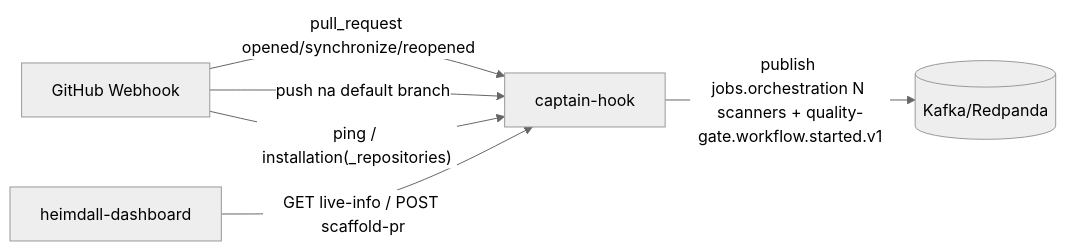
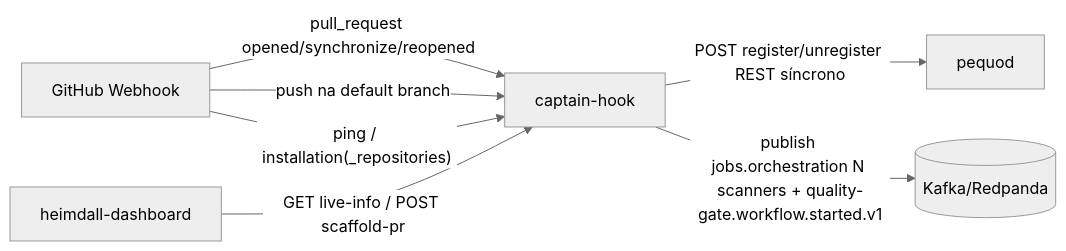
The third of 3 diagrams in docs/captain-hook.md (OdinEye-FIAP/aspm-docs), drawn with Mermaid (neutral theme) before and after one commit. The commit also changed other lines of this file and 1 other file, not shown here.

````diff
--- a/docs/captain-hook.md
+++ b/docs/captain-hook.md
@@ -123,13 +148,15 @@
 ```mermaid
 flowchart LR
   GH[GitHub Webhook]
   CH[captain-hook]
   K[(Kafka/Redpanda)]
   HD[heimdall-dashboard]
+  PQ[pequod]
 
   GH -->|pull_request opened/synchronize/reopened| CH
   GH -->|push na default branch| CH
   GH -->|"ping / installation(_repositories)"| CH
   HD -->|GET live-info / POST scaffold-pr| CH
+  CH -->|POST register/unregister REST síncrono| PQ
   CH -->|publish jobs.orchestration N scanners + quality-gate.workflow.started.v1| K
 ```
````
